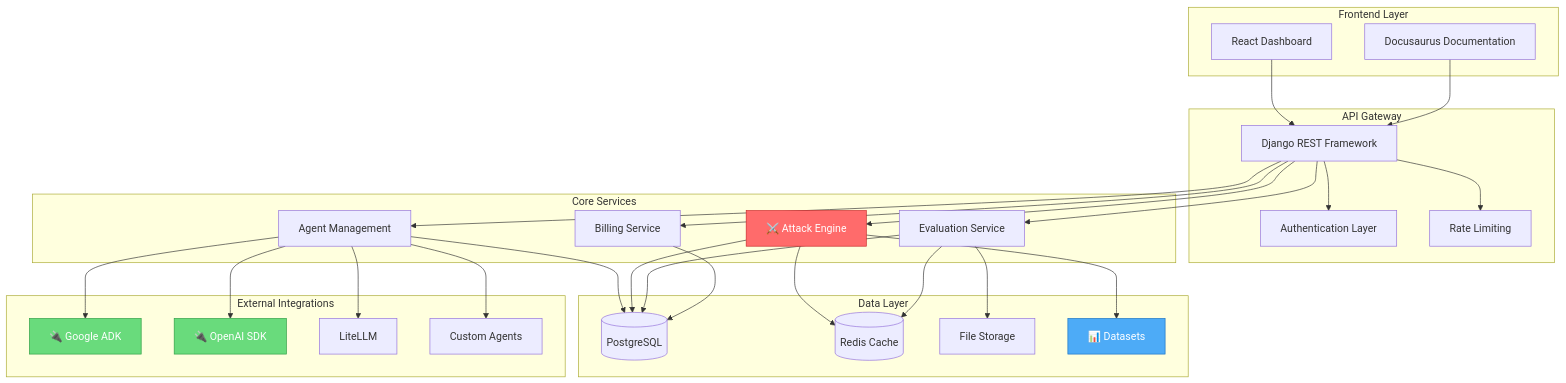
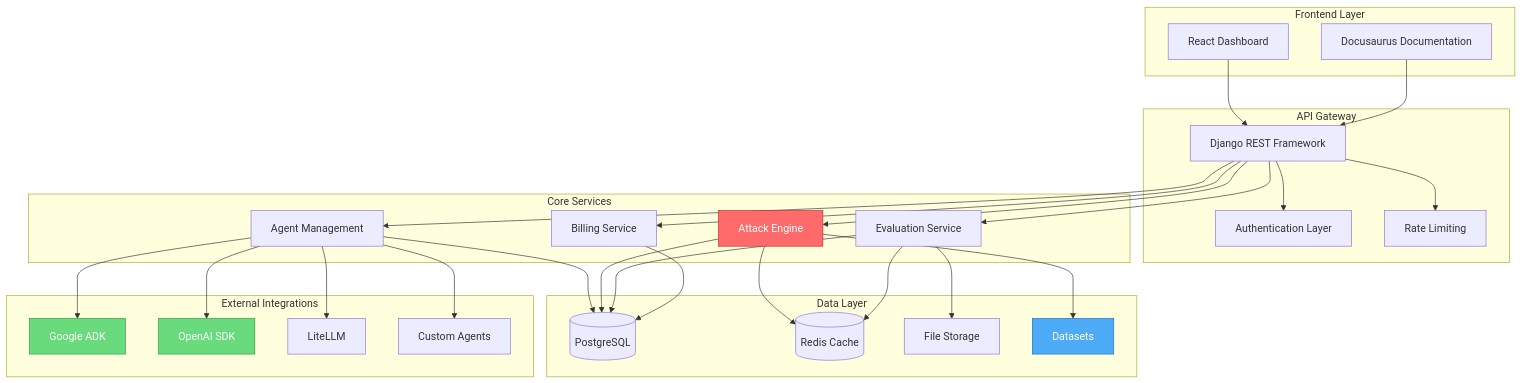
Before and after one commit to AISecurityLab/hackagent: the first of 4 diagrams in docs/docs/architecture/system-overview.md, drawn with Mermaid. The commit also changed other lines of this file and 410 other files, not shown here.

````diff
--- a/docs/docs/architecture/system-overview.md
+++ b/docs/docs/architecture/system-overview.md
@@ -11,64 +11,64 @@
 ```mermaid
 graph TB
     subgraph "Frontend Layer"
         UI[React Dashboard]
         DOCS[Docusaurus Documentation]
     end
     
     subgraph "API Gateway"
         API[Django REST Framework]
         AUTH[Authentication Layer]
         RATE[Rate Limiting]
     end
     
     subgraph "Core Services"
         AGENT[Agent Management]
-        ATTACK[⚔️ Attack Engine]
+        ATTACK[Attack Engine]
         EVAL[Evaluation Service]
         BILLING[Billing Service]
     end
     
     subgraph "Data Layer"
         DB[(PostgreSQL)]
         CACHE[(Redis Cache)]
         FILES[File Storage]
-        DATASETS[📊 Datasets]
+        DATASETS[Datasets]
     end
     
     subgraph "External Integrations"
-        ADK[🔌 Google ADK]
-        OPENAI[🔌 OpenAI SDK]
+        ADK[Google ADK]
+        OPENAI[OpenAI SDK]
         LITELLM[LiteLLM]
         CUSTOM[Custom Agents]
     end
     
     UI --> API
     DOCS --> API
     API --> AUTH
     API --> RATE
     API --> AGENT
     API --> ATTACK
     API --> EVAL
     API --> BILLING
     
     AGENT --> DB
     ATTACK --> DB
     ATTACK --> DATASETS
     EVAL --> DB
     BILLING --> DB
     
     ATTACK --> CACHE
     EVAL --> CACHE
     
     AGENT --> ADK
     AGENT --> OPENAI
     AGENT --> LITELLM
     AGENT --> CUSTOM
     
     EVAL --> FILES
 
     style ATTACK fill:#ff6b6b,stroke:#c92a2a,color:#fff
     style DATASETS fill:#4dabf7,stroke:#1971c2,color:#fff
     style ADK fill:#69db7c,stroke:#2f9e44,color:#fff
     style OPENAI fill:#69db7c,stroke:#2f9e44,color:#fff
 ```
````
